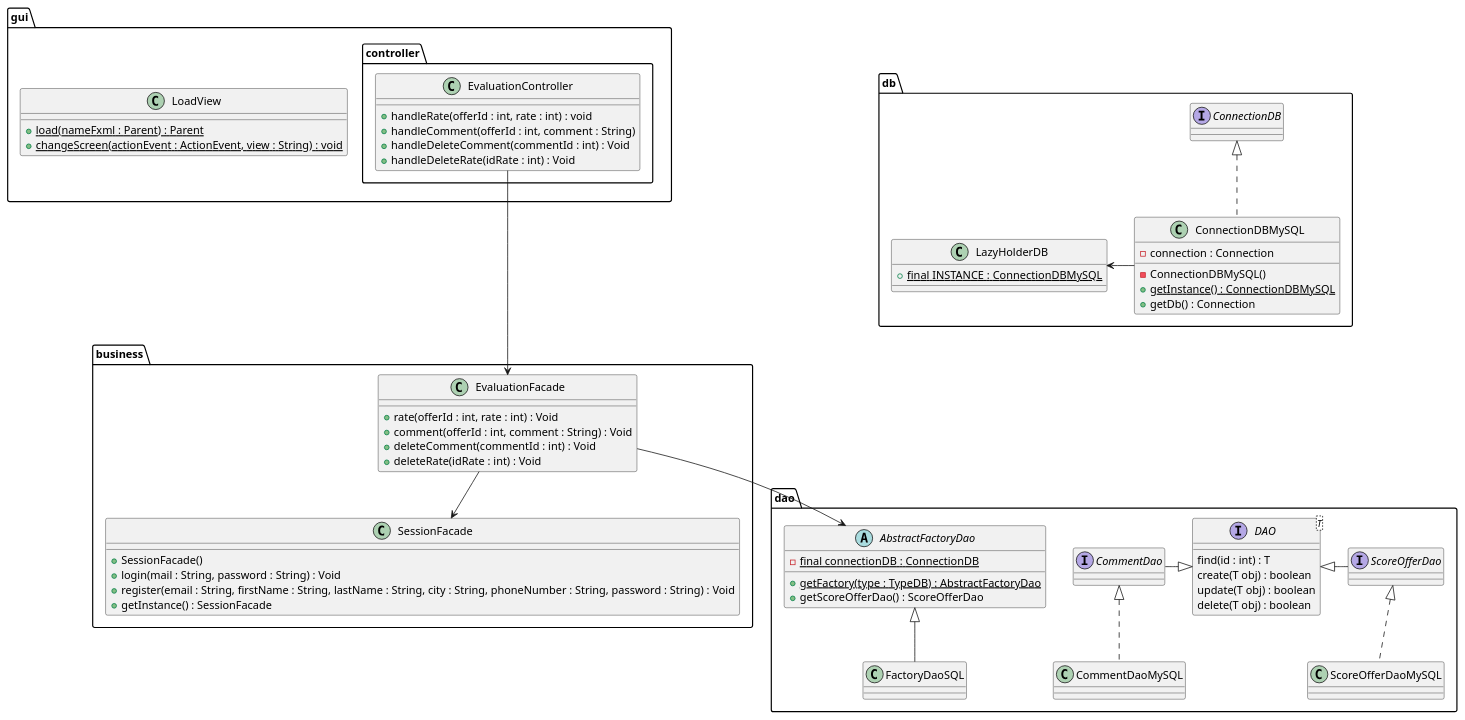
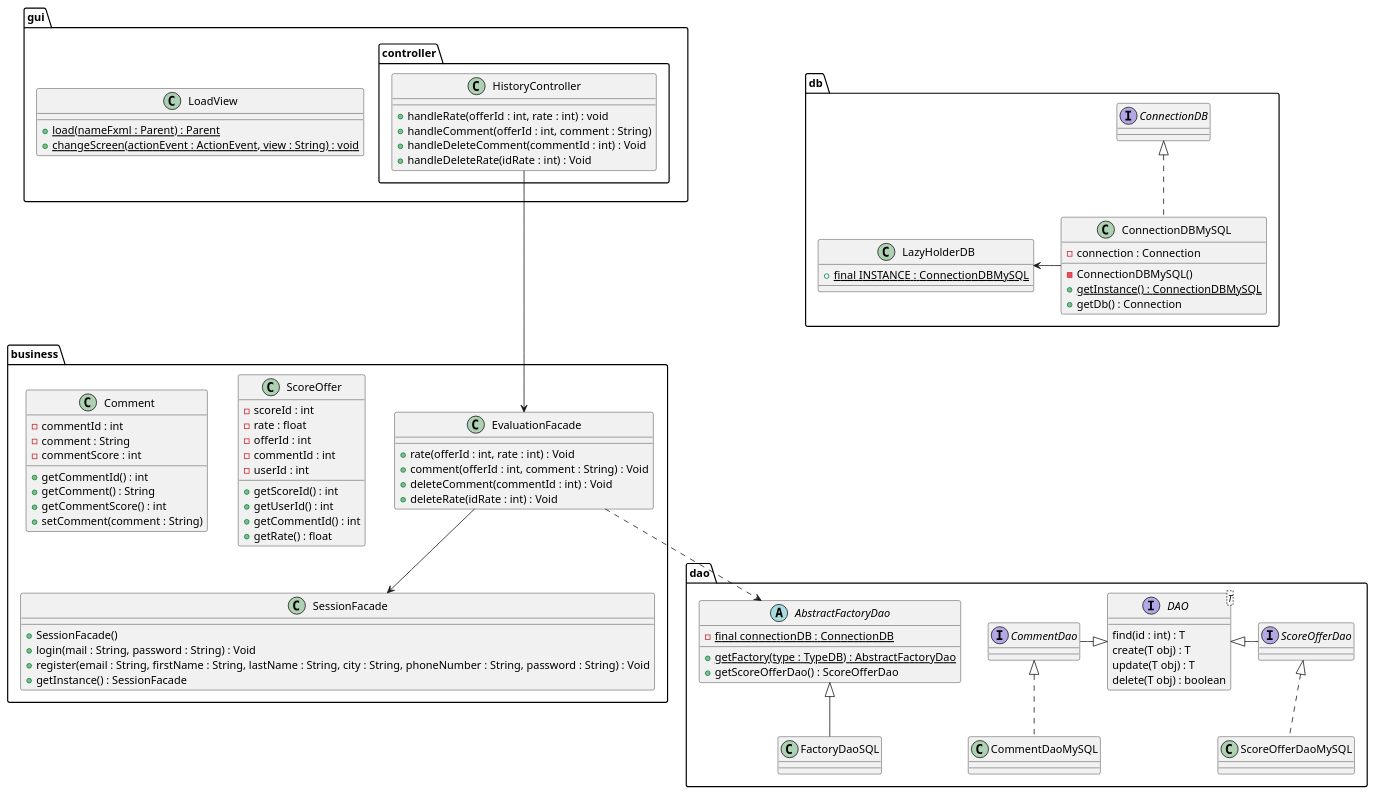
The diagram in documents/diagram/evaluation/evaluationClass.puml (LaunoisRemy/ToolShare), drawn with PlantUML before and after one commit. The commit also changed 6 other files, not shown here.

Commit message:
Fix diagrams evaluation and dao diagrams

```diff
--- a/documents/diagram/evaluation/evaluationClass.puml
+++ b/documents/diagram/evaluation/evaluationClass.puml
@@ -1,92 +1,112 @@
 @startuml
 
 package dao {
 
 
     interface ScoreOfferDao{
     }
     class ScoreOfferDaoMySQL
     interface CommentDao{
     }
     class CommentDaoMySQL
 
     AbstractFactoryDao <|-- FactoryDaoSQL
     ScoreOfferDao <|.. ScoreOfferDaoMySQL
     CommentDao <|.. CommentDaoMySQL
 
     interface DAO<T>{
         find(id : int) : T
-        create(T obj) : boolean
-        update(T obj) : boolean
+        create(T obj) : T
+        update(T obj) : T
         delete(T obj) : boolean
     }
 
     abstract AbstractFactoryDao{
         - {static} final connectionDB : ConnectionDB
         + {static} getFactory(type : TypeDB) : AbstractFactoryDao
         + getScoreOfferDao() : ScoreOfferDao
     }
 
     class FactoryDaoSQL{
     }
 
     DAO <|- ScoreOfferDao
     DAO <|-left CommentDao
 }
 package db{
     class ConnectionDBMySQL{
         - connection : Connection
         - ConnectionDBMySQL()
         + {static} getInstance() : ConnectionDBMySQL
         + getDb() : Connection
     }
 
     class LazyHolderDB{
         + {static} final INSTANCE : ConnectionDBMySQL
     }
     interface ConnectionDB
     ConnectionDBMySQL -Left-> LazyHolderDB
     ConnectionDBMySQL .up.|> ConnectionDB
 
 }
 package business{
     class SessionFacade{
         + SessionFacade()
         + login(mail : String, password : String) : Void
         + register(email : String, firstName : String, lastName : String, city : String, phoneNumber : String, password : String) : Void
         + getInstance() : SessionFacade
     }
 
     class EvaluationFacade{
         + rate(offerId : int, rate : int) : Void
         + comment(offerId : int, comment : String) : Void
         + deleteComment(commentId : int) : Void
         + deleteRate(idRate : int) : Void
     }
+    class ScoreOffer{
+        - scoreId : int
+        - rate : float
+        - offerId : int
+        - commentId : int
+        - userId : int
+        + getScoreId() : int
+        + getUserId() : int
+        + getCommentId() : int
+        + getRate() : float
+    }
 
+    class Comment{
+    - commentId : int
+    - comment : String
+    - commentScore : int
+    + getCommentId() : int
+    + getComment() : String
+    + getCommentScore() : int
+    + setComment(comment : String)
+    }
 }
 
 package gui{
 
     class LoadView{
         + {static} load(nameFxml : Parent) : Parent
         + {static} changeScreen(actionEvent : ActionEvent, view : String) : void
     }
 
     package controller{
-        class EvaluationController{
+        class HistoryController{
             + handleRate(offerId : int, rate : int) : void
             + handleComment(offerId : int, comment : String)
             + handleDeleteComment(commentId : int) : Void
             + handleDeleteRate(idRate : int) : Void
         }
 
     }
 }
-EvaluationFacade <--Up- EvaluationController
+EvaluationFacade <--Up- HistoryController
 EvaluationFacade --> SessionFacade
-EvaluationFacade --> AbstractFactoryDao
+EvaluationFacade ..> AbstractFactoryDao
 
 
 
 @enduml
```
